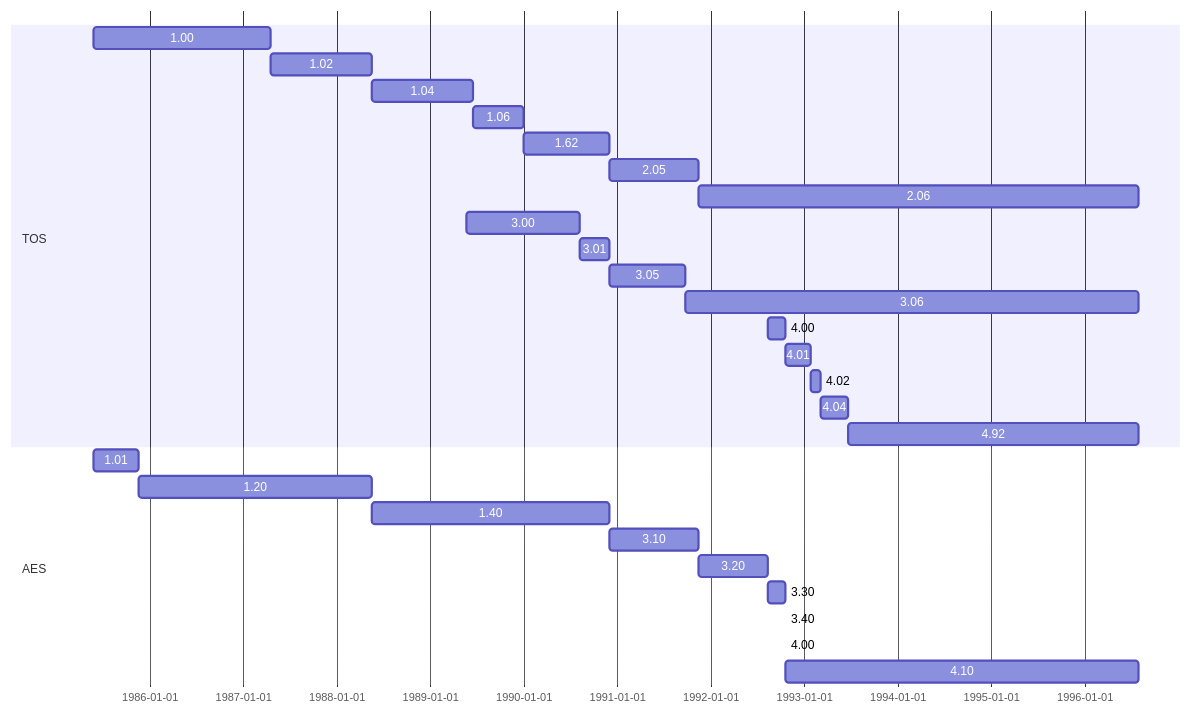
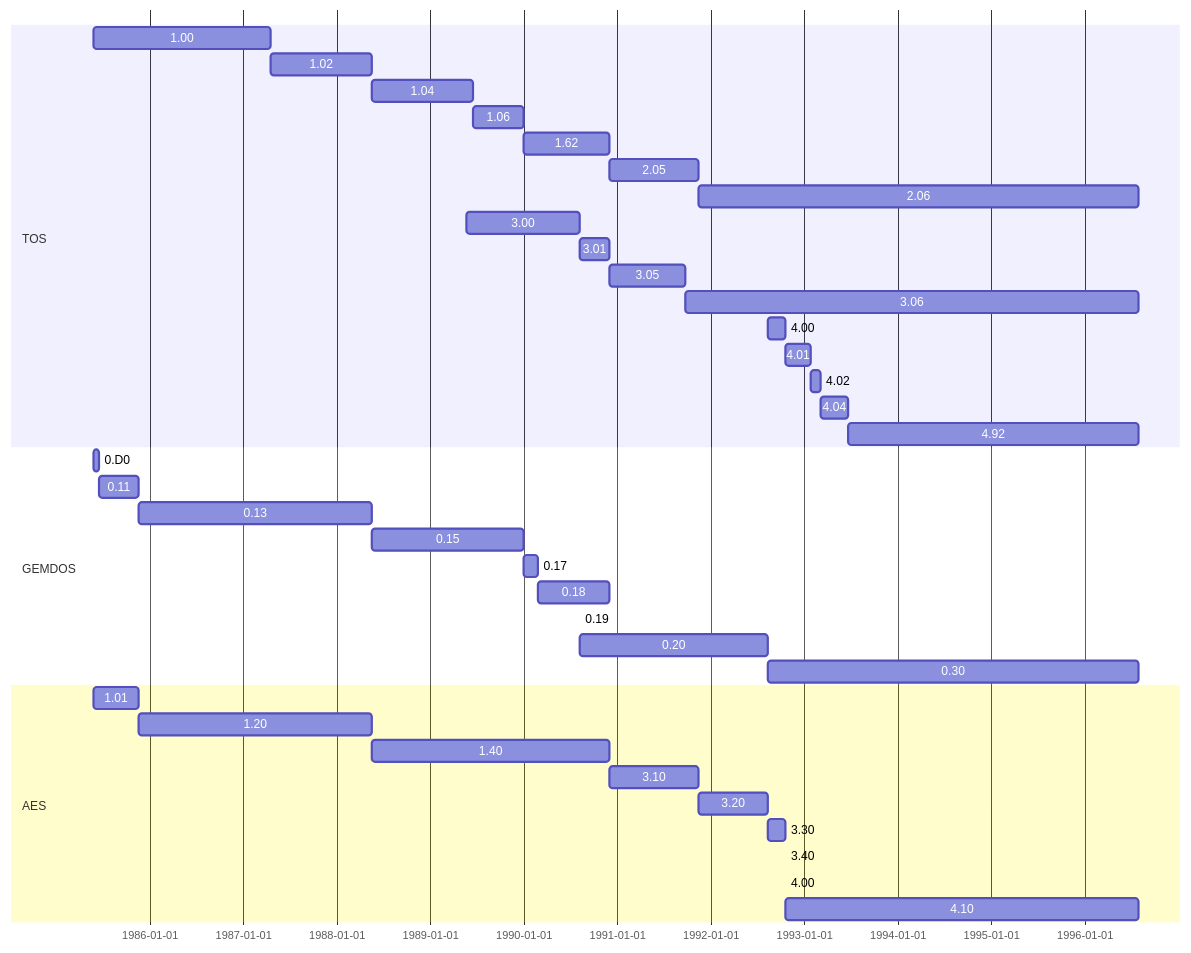
Before and after one commit to Kochise/atari-emu: the first of 2 diagrams in ROMS/README.md, drawn with Mermaid. The commit also changed other lines of this file, not shown here.

Commit message:
Update ROMS' README.md

````diff
--- a/ROMS/README.md
+++ b/ROMS/README.md
@@ -120,31 +121,41 @@
 ```mermaid
 gantt
 	dateFormat YYYY-MM-DD
 	section TOS
 	1.00: a1, 1985-05-29, until a2
 	1.02: a2, 1987-04-22, until a3
 	1.04: a3, 1988-05-18, until a4
 	1.06: a4, 1989-06-19, until a5
 	1.62: a5, 1990-01-01, until a6
 	2.05: a6, 1990-12-05, until a7
 	2.06: a7, 1991-11-14, 1996-07-30
 	3.00: a8, 1989-05-23, until a9
 	3.01: a9, 1990-08-09, until a10
 	3.05: a10, 1990-12-05, until a11
 	3.06: a11, 1991-09-24, 1996-07-30
 	4.00: a12, 1992-08-11, until a13
 	4.01: a13, 1992-10-21, until a14
 	4.02: a14, 1993-01-26, until a15
 	4.04: a15, 1993-03-08, until a16
 	4.92: a16, 1993-06-22, 1996-07-30
+	section GEMDOS
+	0.D0: g1, 1985-05-29, until g2
+	0.11: g2, 1985-06-20, until g3
+	0.13: g3, 1985-11-20, until g4
+	0.15: g4, 1988-05-18, until g5
+	0.17: g5, 1990-01-01, until g6
+	0.18: g6, 1990-03-01, until g7
+	0.19: g7, 1990-12-05, until g8
+	0.20: g8, 1990-08-09, until g9
+	0.30: g9, 1992-08-11, 1996-07-30
 	section AES
 	1.01: b1, 1985-05-29, until b2
 	1.20: b2, 1985-11-20, until b3
 	1.40: b3, 1988-05-18, until b4
 	3.10: b4, 1990-12-05, until b5
 	3.20: b5, 1991-11-14, until b6
 	3.30: b6, 1992-08-11, until b7
 	3.40: b7, 1992-10-21, until b8
 	4.00: b8, 1992-10-21, until b9
 	4.10: b9, 1992-10-21, 1996-07-30
 ```
````
